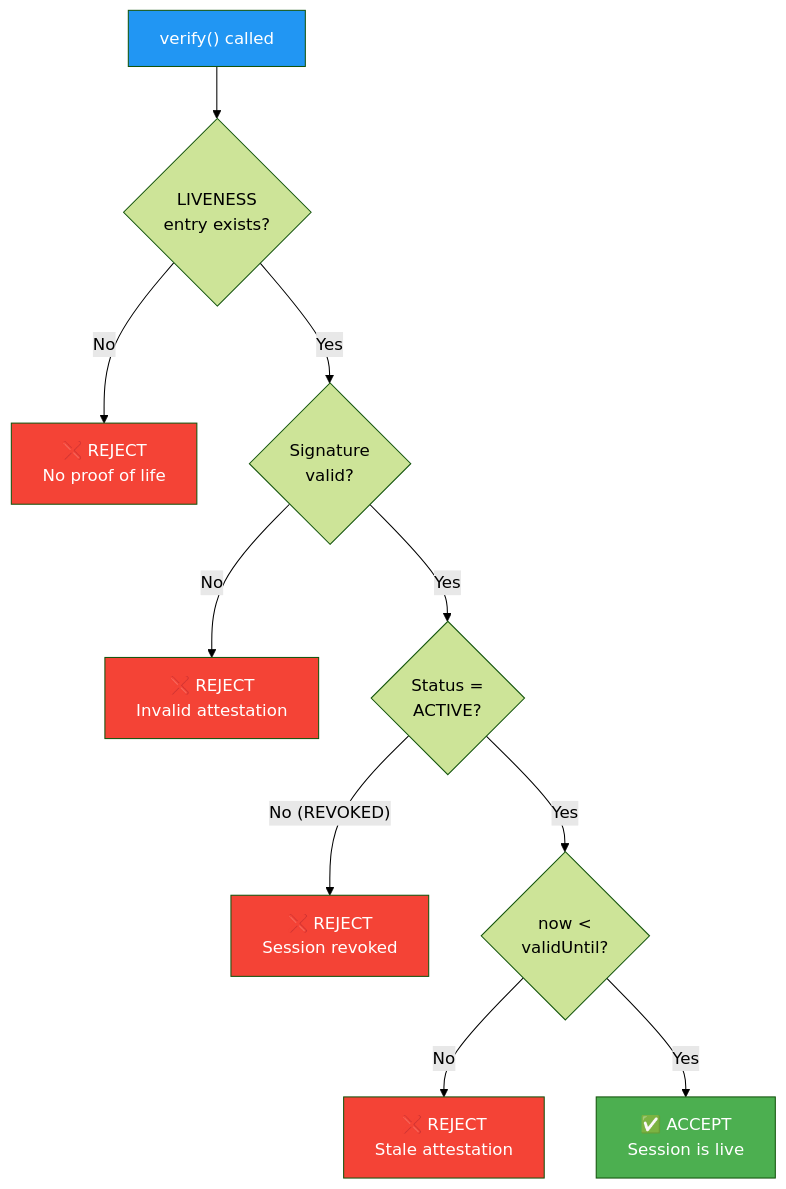
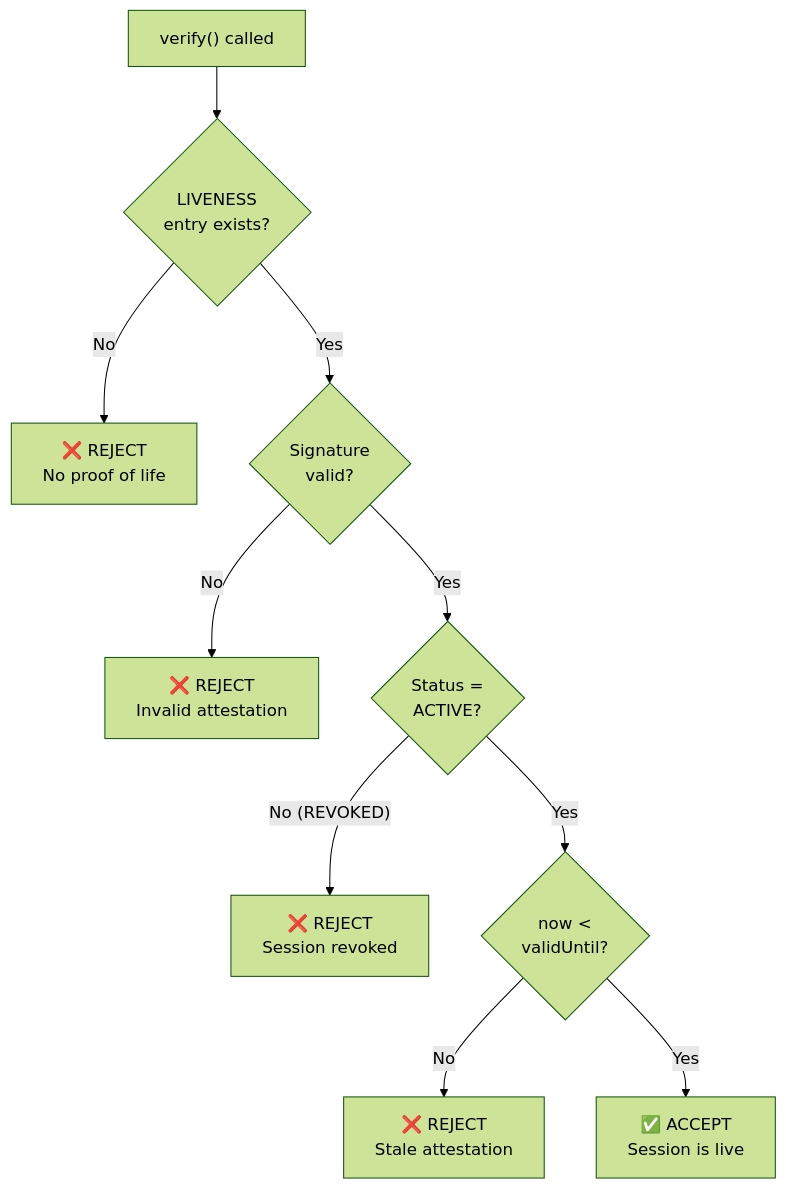
The third of 6 diagrams in docs/docs/learn/how-veridot-works.md (cyfko/veridot), drawn with Mermaid (forest theme) before and after one commit. The commit also changed other lines of this file and 25 other files, not shown here.

First line of the commit message:
style: remove colorful fill styles from Mermaid diagrams

````diff
--- a/docs/docs/learn/how-veridot-works.md
+++ b/docs/docs/learn/how-veridot-works.md
@@ -168,19 +159,13 @@
 ```mermaid
 graph TD
     Start["verify() called"] --> HasLiveness{"LIVENESS<br/>entry exists?"}
     HasLiveness -->|"No"| Reject1["❌ REJECT<br/>No proof of life"]
     HasLiveness -->|"Yes"| SigValid{"Signature<br/>valid?"}
     SigValid -->|"No"| Reject2["❌ REJECT<br/>Invalid attestation"]
     SigValid -->|"Yes"| IsActive{"Status =<br/>ACTIVE?"}
     IsActive -->|"No (REVOKED)"| Reject3["❌ REJECT<br/>Session revoked"]
     IsActive -->|"Yes"| IsFresh{"now <<br/>validUntil?"}
     IsFresh -->|"No"| Reject4["❌ REJECT<br/>Stale attestation"]
     IsFresh -->|"Yes"| Accept["✅ ACCEPT<br/>Session is live"]
 
-    style Reject1 fill:#f44336,color:#fff
-    style Reject2 fill:#f44336,color:#fff
-    style Reject3 fill:#f44336,color:#fff
-    style Reject4 fill:#f44336,color:#fff
-    style Accept fill:#4caf50,color:#fff
-    style Start fill:#2196f3,color:#fff
 ```
````
